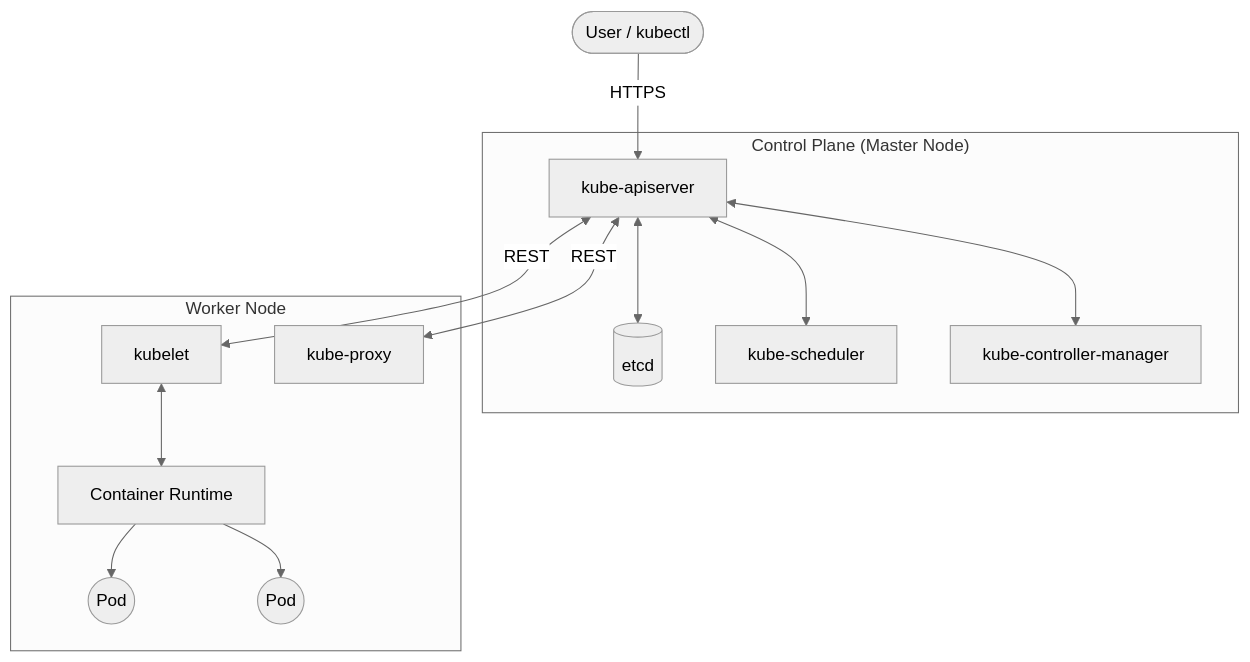
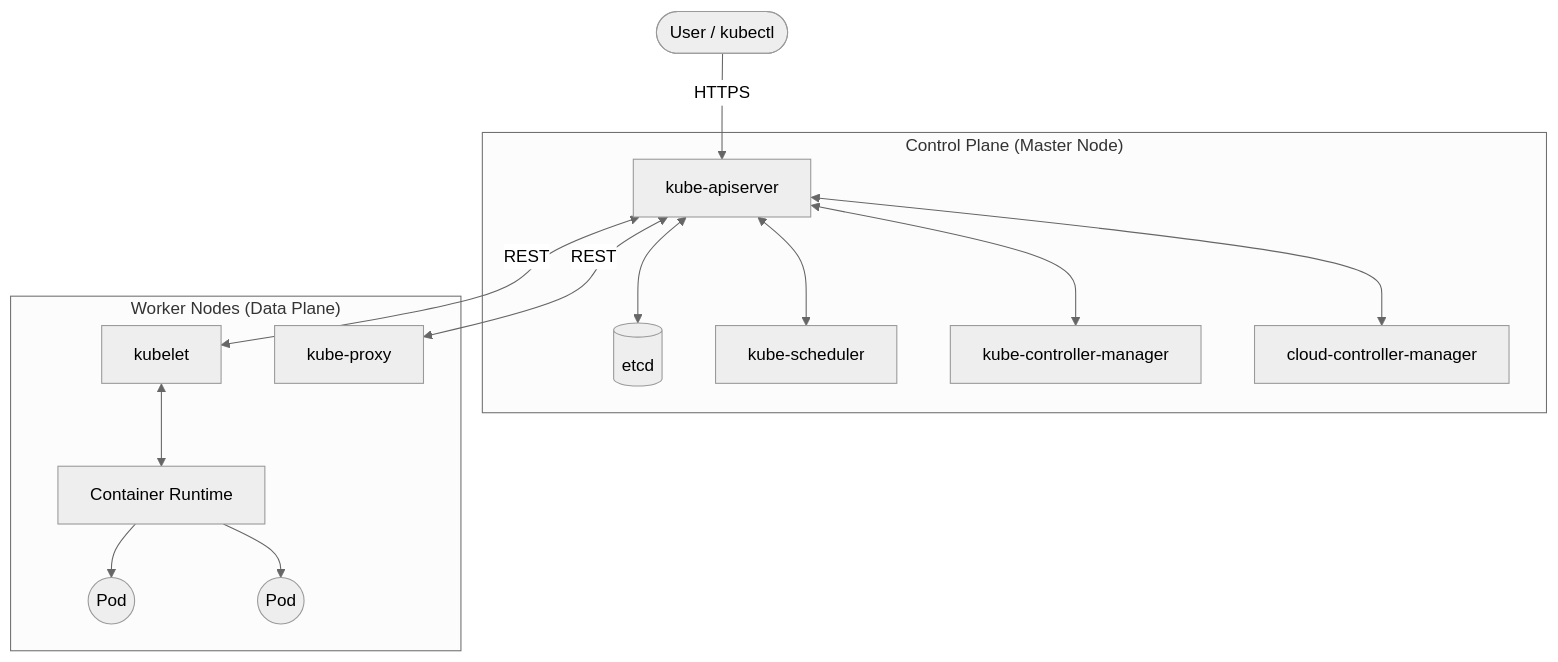
One commit to ashwanisingh2/devops-notes changed the first of 2 diagrams in docs/04-Orchestration/K8S-01 Kubernetes Architecture.md. Above: the diagram before and after it, drawn with Mermaid (neutral theme). The commit also changed other lines of this file and 96 other files, not shown here.

````diff
--- a/docs/04-Orchestration/K8S-01 Kubernetes Architecture.md
+++ b/docs/04-Orchestration/K8S-01 Kubernetes Architecture.md
@@ -48,30 +31,31 @@
 ```mermaid
 graph TD
     subgraph "Control Plane (Master Node)"
         API[kube-apiserver]
         ETCD[(etcd)]
         SCHED[kube-scheduler]
         CM[kube-controller-manager]
+        CCM[cloud-controller-manager]
         
         API <--> ETCD
         API <--> SCHED
         API <--> CM
+        API <--> CCM
     end
 
-    subgraph "Worker Node"
+    subgraph "Worker Nodes (Data Plane)"
         KLET[kubelet]
         KPROXY[kube-proxy]
         CRI[Container Runtime]
         POD1((Pod))
         POD2((Pod))
         
         KLET <--> CRI
         CRI --> POD1
         CRI --> POD2
     end
     
     API <-->|REST| KLET
     API <-->|REST| KPROXY
-    
     USER([User / kubectl]) -->|HTTPS| API
 ```
````
